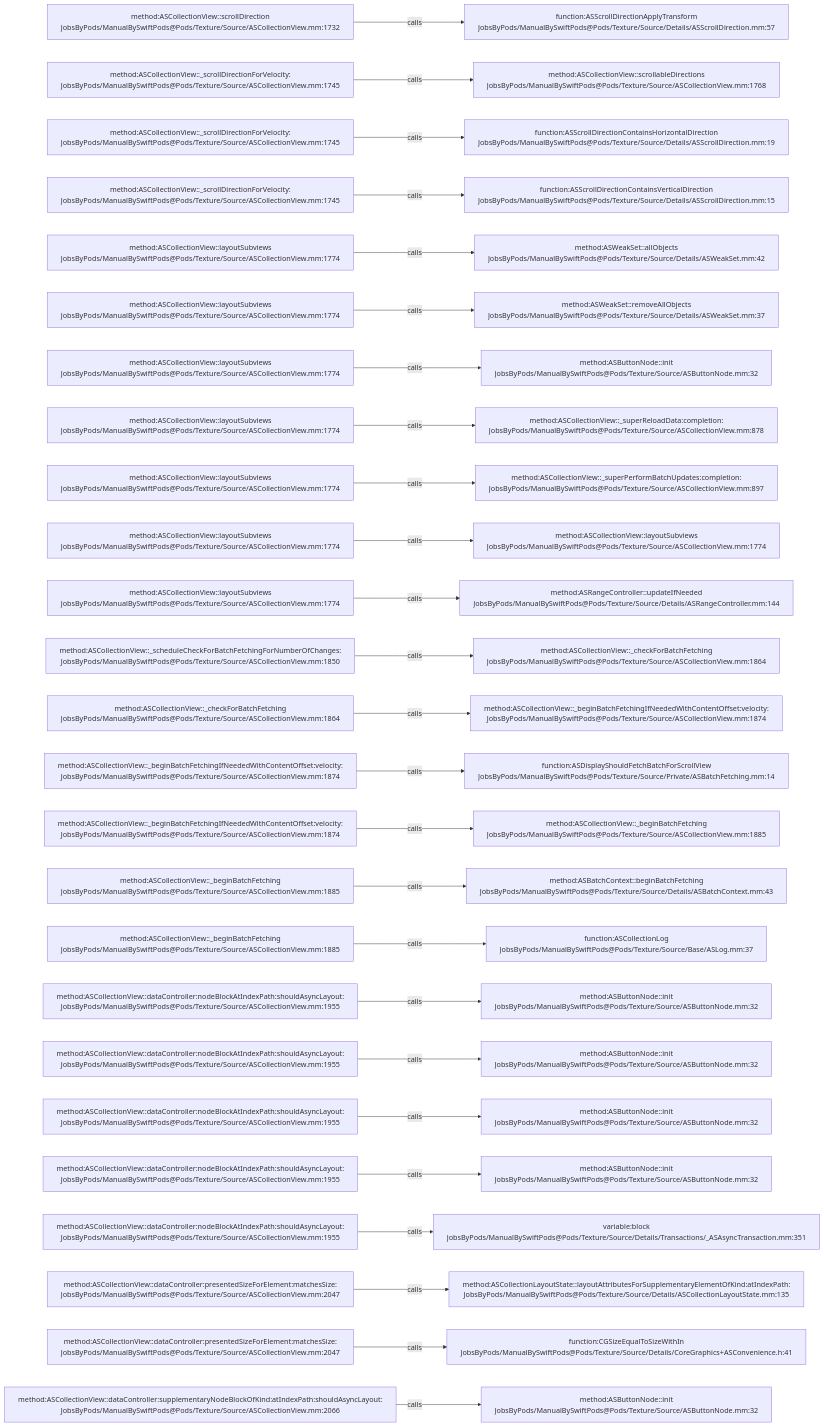
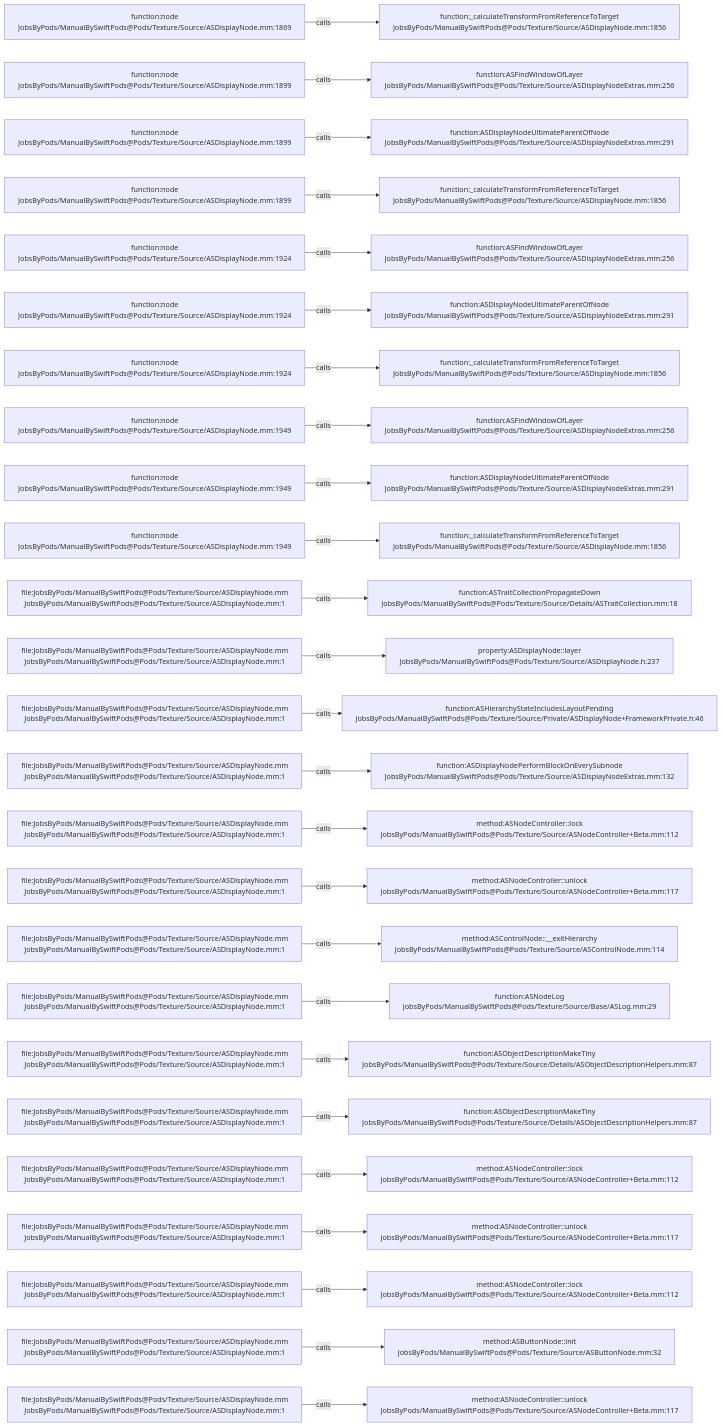
One commit to JobsKits/JobsSwiftBaseConfigDemo changed the diagram in .codegraph/codegraph.md/graphs/calls-032.md. Above: the diagram before and after it, drawn with Mermaid. The commit also changed 832 other files, not shown here.

````diff
--- a/.codegraph/codegraph.md/graphs/calls-032.md
+++ b/.codegraph/codegraph.md/graphs/calls-032.md
@@ -13,78 +13,78 @@
 ```mermaid
 flowchart LR
-  S1["method:ASCollectionView::scrollDirection<br/>JobsByPods/ManualBySwiftPods@Pods/Texture/Source/ASCollectionView.mm:1732"]
-  T1["function:ASScrollDirectionApplyTransform<br/>JobsByPods/ManualBySwiftPods@Pods/Texture/Source/Details/ASScrollDirection.mm:57"]
+  S1["function:node<br/>JobsByPods/ManualBySwiftPods@Pods/Texture/Source/ASDisplayNode.mm:1869"]
+  T1["function:_calculateTransformFromReferenceToTarget<br/>JobsByPods/ManualBySwiftPods@Pods/Texture/Source/ASDisplayNode.mm:1856"]
   S1 -->|calls| T1
-  S2["method:ASCollectionView::_scrollDirectionForVelocity:<br/>JobsByPods/ManualBySwiftPods@Pods/Texture/Source/ASCollectionView.mm:1745"]
-  T2["method:ASCollectionView::scrollableDirections<br/>JobsByPods/ManualBySwiftPods@Pods/Texture/Source/ASCollectionView.mm:1768"]
+  S2["function:node<br/>JobsByPods/ManualBySwiftPods@Pods/Texture/Source/ASDisplayNode.mm:1899"]
+  T2["function:ASFindWindowOfLayer<br/>JobsByPods/ManualBySwiftPods@Pods/Texture/Source/ASDisplayNodeExtras.mm:256"]
   S2 -->|calls| T2
-  S3["method:ASCollectionView::_scrollDirectionForVelocity:<br/>JobsByPods/ManualBySwiftPods@Pods/Texture/Source/ASCollectionView.mm:1745"]
-  T3["function:ASScrollDirectionContainsHorizontalDirection<br/>JobsByPods/ManualBySwiftPods@Pods/Texture/Source/Details/ASScrollDirection.mm:19"]
+  S3["function:node<br/>JobsByPods/ManualBySwiftPods@Pods/Texture/Source/ASDisplayNode.mm:1899"]
+  T3["function:ASDisplayNodeUltimateParentOfNode<br/>JobsByPods/ManualBySwiftPods@Pods/Texture/Source/ASDisplayNodeExtras.mm:291"]
   S3 -->|calls| T3
-  S4["method:ASCollectionView::_scrollDirectionForVelocity:<br/>JobsByPods/ManualBySwiftPods@Pods/Texture/Source/ASCollectionView.mm:1745"]
-  T4["function:ASScrollDirectionContainsVerticalDirection<br/>JobsByPods/ManualBySwiftPods@Pods/Texture/Source/Details/ASScrollDirection.mm:15"]
+  S4["function:node<br/>JobsByPods/ManualBySwiftPods@Pods/Texture/Source/ASDisplayNode.mm:1899"]
+  T4["function:_calculateTransformFromReferenceToTarget<br/>JobsByPods/ManualBySwiftPods@Pods/Texture/Source/ASDisplayNode.mm:1856"]
   S4 -->|calls| T4
-  S5["method:ASCollectionView::layoutSubviews<br/>JobsByPods/ManualBySwiftPods@Pods/Texture/Source/ASCollectionView.mm:1774"]
-  T5["method:ASWeakSet::allObjects<br/>JobsByPods/ManualBySwiftPods@Pods/Texture/Source/Details/ASWeakSet.mm:42"]
+  S5["function:node<br/>JobsByPods/ManualBySwiftPods@Pods/Texture/Source/ASDisplayNode.mm:1924"]
+  T5["function:ASFindWindowOfLayer<br/>JobsByPods/ManualBySwiftPods@Pods/Texture/Source/ASDisplayNodeExtras.mm:256"]
   S5 -->|calls| T5
-  S6["method:ASCollectionView::layoutSubviews<br/>JobsByPods/ManualBySwiftPods@Pods/Texture/Source/ASCollectionView.mm:1774"]
-  T6["method:ASWeakSet::removeAllObjects<br/>JobsByPods/ManualBySwiftPods@Pods/Texture/Source/Details/ASWeakSet.mm:37"]
+  S6["function:node<br/>JobsByPods/ManualBySwiftPods@Pods/Texture/Source/ASDisplayNode.mm:1924"]
+  T6["function:ASDisplayNodeUltimateParentOfNode<br/>JobsByPods/ManualBySwiftPods@Pods/Texture/Source/ASDisplayNodeExtras.mm:291"]
   S6 -->|calls| T6
-  S7["method:ASCollectionView::layoutSubviews<br/>JobsByPods/ManualBySwiftPods@Pods/Texture/Source/ASCollectionView.mm:1774"]
-  T7["method:ASButtonNode::init<br/>JobsByPods/ManualBySwiftPods@Pods/Texture/Source/ASButtonNode.mm:32"]
+  S7["function:node<br/>JobsByPods/ManualBySwiftPods@Pods/Texture/Source/ASDisplayNode.mm:1924"]
+  T7["function:_calculateTransformFromReferenceToTarget<br/>JobsByPods/ManualBySwiftPods@Pods/Texture/Source/ASDisplayNode.mm:1856"]
   S7 -->|calls| T7
-  S8["method:ASCollectionView::layoutSubviews<br/>JobsByPods/ManualBySwiftPods@Pods/Texture/Source/ASCollectionView.mm:1774"]
-  T8["method:ASCollectionView::_superReloadData:completion:<br/>JobsByPods/ManualBySwiftPods@Pods/Texture/Source/ASCollectionView.mm:878"]
+  S8["function:node<br/>JobsByPods/ManualBySwiftPods@Pods/Texture/Source/ASDisplayNode.mm:1949"]
+  T8["function:ASFindWindowOfLayer<br/>JobsByPods/ManualBySwiftPods@Pods/Texture/Source/ASDisplayNodeExtras.mm:256"]
   S8 -->|calls| T8
-  S9["method:ASCollectionView::layoutSubviews<br/>JobsByPods/ManualBySwiftPods@Pods/Texture/Source/ASCollectionView.mm:1774"]
-  T9["method:ASCollectionView::_superPerformBatchUpdates:completion:<br/>JobsByPods/ManualBySwiftPods@Pods/Texture/Source/ASCollectionView.mm:897"]
+  S9["function:node<br/>JobsByPods/ManualBySwiftPods@Pods/Texture/Source/ASDisplayNode.mm:1949"]
+  T9["function:ASDisplayNodeUltimateParentOfNode<br/>JobsByPods/ManualBySwiftPods@Pods/Texture/Source/ASDisplayNodeExtras.mm:291"]
   S9 -->|calls| T9
-  S10["method:ASCollectionView::layoutSubviews<br/>JobsByPods/ManualBySwiftPods@Pods/Texture/Source/ASCollectionView.mm:1774"]
-  T10["method:ASCollectionView::layoutSubviews<br/>JobsByPods/ManualBySwiftPods@Pods/Texture/Source/ASCollectionView.mm:1774"]
+  S10["function:node<br/>JobsByPods/ManualBySwiftPods@Pods/Texture/Source/ASDisplayNode.mm:1949"]
+  T10["function:_calculateTransformFromReferenceToTarget<br/>JobsByPods/ManualBySwiftPods@Pods/Texture/Source/ASDisplayNode.mm:1856"]
   S10 -->|calls| T10
-  S11["method:ASCollectionView::layoutSubviews<br/>JobsByPods/ManualBySwiftPods@Pods/Texture/Source/ASCollectionView.mm:1774"]
-  T11["method:ASRangeController::updateIfNeeded<br/>JobsByPods/ManualBySwiftPods@Pods/Texture/Source/Details/ASRangeController.mm:144"]
+  S11["file:JobsByPods/ManualBySwiftPods@Pods/Texture/Source/ASDisplayNode.mm<br/>JobsByPods/ManualBySwiftPods@Pods/Texture/Source/ASDisplayNode.mm:1"]
+  T11["function:ASTraitCollectionPropagateDown<br/>JobsByPods/ManualBySwiftPods@Pods/Texture/Source/Details/ASTraitCollection.mm:18"]
   S11 -->|calls| T11
-  S12["method:ASCollectionView::_scheduleCheckForBatchFetchingForNumberOfChanges:<br/>JobsByPods/ManualBySwiftPods@Pods/Texture/Source/ASCollectionView.mm:1850"]
-  T12["method:ASCollectionView::_checkForBatchFetching<br/>JobsByPods/ManualBySwiftPods@Pods/Texture/Source/ASCollectionView.mm:1864"]
+  S12["file:JobsByPods/ManualBySwiftPods@Pods/Texture/Source/ASDisplayNode.mm<br/>JobsByPods/ManualBySwiftPods@Pods/Texture/Source/ASDisplayNode.mm:1"]
+  T12["property:ASDisplayNode::layer<br/>JobsByPods/ManualBySwiftPods@Pods/Texture/Source/ASDisplayNode.h:237"]
   S12 -->|calls| T12
-  S13["method:ASCollectionView::_checkForBatchFetching<br/>JobsByPods/ManualBySwiftPods@Pods/Texture/Source/ASCollectionView.mm:1864"]
-  T13["method:ASCollectionView::_beginBatchFetchingIfNeededWithContentOffset:velocity:<br/>JobsByPods/ManualBySwiftPods@Pods/Texture/Source/ASCollectionView.mm:1874"]
+  S13["file:JobsByPods/ManualBySwiftPods@Pods/Texture/Source/ASDisplayNode.mm<br/>JobsByPods/ManualBySwiftPods@Pods/Texture/Source/ASDisplayNode.mm:1"]
+  T13["function:ASHierarchyStateIncludesLayoutPending<br/>JobsByPods/ManualBySwiftPods@Pods/Texture/Source/Private/ASDisplayNode+FrameworkPrivate.h:46"]
   S13 -->|calls| T13
-  S14["method:ASCollectionView::_beginBatchFetchingIfNeededWithContentOffset:velocity:<br/>JobsByPods/ManualBySwiftPods@Pods/Texture/Source/ASCollectionView.mm:1874"]
-  T14["function:ASDisplayShouldFetchBatchForScrollView<br/>JobsByPods/ManualBySwiftPods@Pods/Texture/Source/Private/ASBatchFetching.mm:14"]
+  S14["file:JobsByPods/ManualBySwiftPods@Pods/Texture/Source/ASDisplayNode.mm<br/>JobsByPods/ManualBySwiftPods@Pods/Texture/Source/ASDisplayNode.mm:1"]
+  T14["function:ASDisplayNodePerformBlockOnEverySubnode<br/>JobsByPods/ManualBySwiftPods@Pods/Texture/Source/ASDisplayNodeExtras.mm:132"]
   S14 -->|calls| T14
-  S15["method:ASCollectionView::_beginBatchFetchingIfNeededWithContentOffset:velocity:<br/>JobsByPods/ManualBySwiftPods@Pods/Texture/Source/ASCollectionView.mm:1874"]
-  T15["method:ASCollectionView::_beginBatchFetching<br/>JobsByPods/ManualBySwiftPods@Pods/Texture/Source/ASCollectionView.mm:1885"]
+  S15["file:JobsByPods/ManualBySwiftPods@Pods/Texture/Source/ASDisplayNode.mm<br/>JobsByPods/ManualBySwiftPods@Pods/Texture/Source/ASDisplayNode.mm:1"]
+  T15["method:ASNodeController::lock<br/>JobsByPods/ManualBySwiftPods@Pods/Texture/Source/ASNodeController+Beta.mm:112"]
   S15 -->|calls| T15
-  S16["method:ASCollectionView::_beginBatchFetching<br/>JobsByPods/ManualBySwiftPods@Pods/Texture/Source/ASCollectionView.mm:1885"]
-  T16["method:ASBatchContext::beginBatchFetching<br/>JobsByPods/ManualBySwiftPods@Pods/Texture/Source/Details/ASBatchContext.mm:43"]
+  S16["file:JobsByPods/ManualBySwiftPods@Pods/Texture/Source/ASDisplayNode.mm<br/>JobsByPods/ManualBySwiftPods@Pods/Texture/Source/ASDisplayNode.mm:1"]
+  T16["method:ASNodeController::unlock<br/>JobsByPods/ManualBySwiftPods@Pods/Texture/Source/ASNodeController+Beta.mm:117"]
   S16 -->|calls| T16
-  S17["method:ASCollectionView::_beginBatchFetching<br/>JobsByPods/ManualBySwiftPods@Pods/Texture/Source/ASCollectionView.mm:1885"]
-  T17["function:ASCollectionLog<br/>JobsByPods/ManualBySwiftPods@Pods/Texture/Source/Base/ASLog.mm:37"]
+  S17["file:JobsByPods/ManualBySwiftPods@Pods/Texture/Source/ASDisplayNode.mm<br/>JobsByPods/ManualBySwiftPods@Pods/Texture/Source/ASDisplayNode.mm:1"]
+  T17["method:ASControlNode::__exitHierarchy<br/>JobsByPods/ManualBySwiftPods@Pods/Texture/Source/ASControlNode.mm:114"]
   S17 -->|calls| T17
-  S18["method:ASCollectionView::dataController:nodeBlockAtIndexPath:shouldAsyncLayout:<br/>JobsByPods/ManualBySwiftPods@Pods/Texture/Source/ASCollectionView.mm:1955"]
-  T18["method:ASButtonNode::init<br/>JobsByPods/ManualBySwiftPods@Pods/Texture/Source/ASButtonNode.mm:32"]
+  S18["file:JobsByPods/ManualBySwiftPods@Pods/Texture/Source/ASDisplayNode.mm<br/>JobsByPods/ManualBySwiftPods@Pods/Texture/Source/ASDisplayNode.mm:1"]
+  T18["function:ASNodeLog<br/>JobsByPods/ManualBySwiftPods@Pods/Texture/Source/Base/ASLog.mm:29"]
   S18 -->|calls| T18
-  S19["method:ASCollectionView::dataController:nodeBlockAtIndexPath:shouldAsyncLayout:<br/>JobsByPods/ManualBySwiftPods@Pods/Texture/Source/ASCollectionView.mm:1955"]
-  T19["method:ASButtonNode::init<br/>JobsByPods/ManualBySwiftPods@Pods/Texture/Source/ASButtonNode.mm:32"]
+  S19["file:JobsByPods/ManualBySwiftPods@Pods/Texture/Source/ASDisplayNode.mm<br/>JobsByPods/ManualBySwiftPods@Pods/Texture/Source/ASDisplayNode.mm:1"]
+  T19["function:ASObjectDescriptionMakeTiny<br/>JobsByPods/ManualBySwiftPods@Pods/Texture/Source/Details/ASObjectDescriptionHelpers.mm:87"]
   S19 -->|calls| T19
-  S20["method:ASCollectionView::dataController:nodeBlockAtIndexPath:shouldAsyncLayout:<br/>JobsByPods/ManualBySwiftPods@Pods/Texture/Source/ASCollectionView.mm:1955"]
-  T20["method:ASButtonNode::init<br/>JobsByPods/ManualBySwiftPods@Pods/Texture/Source/ASButtonNode.mm:32"]
+  S20["file:JobsByPods/ManualBySwiftPods@Pods/Texture/Source/ASDisplayNode.mm<br/>JobsByPods/ManualBySwiftPods@Pods/Texture/Source/ASDisplayNode.mm:1"]
+  T20["function:ASObjectDescriptionMakeTiny<br/>JobsByPods/ManualBySwiftPods@Pods/Texture/Source/Details/ASObjectDescriptionHelpers.mm:87"]
   S20 -->|calls| T20
-  S21["method:ASCollectionView::dataController:nodeBlockAtIndexPath:shouldAsyncLayout:<br/>JobsByPods/ManualBySwiftPods@Pods/Texture/Source/ASCollectionView.mm:1955"]
-  T21["method:ASButtonNode::init<br/>JobsByPods/ManualBySwiftPods@Pods/Texture/Source/ASButtonNode.mm:32"]
+  S21["file:JobsByPods/ManualBySwiftPods@Pods/Texture/Source/ASDisplayNode.mm<br/>JobsByPods/ManualBySwiftPods@Pods/Texture/Source/ASDisplayNode.mm:1"]
+  T21["method:ASNodeController::lock<br/>JobsByPods/ManualBySwiftPods@Pods/Texture/Source/ASNodeController+Beta.mm:112"]
   S21 -->|calls| T21
-  S22["method:ASCollectionView::dataController:nodeBlockAtIndexPath:shouldAsyncLayout:<br/>JobsByPods/ManualBySwiftPods@Pods/Texture/Source/ASCollectionView.mm:1955"]
-  T22["variable:block<br/>JobsByPods/ManualBySwiftPods@Pods/Texture/Source/Details/Transactions/_ASAsyncTransaction.mm:351"]
+  S22["file:JobsByPods/ManualBySwiftPods@Pods/Texture/Source/ASDisplayNode.mm<br/>JobsByPods/ManualBySwiftPods@Pods/Texture/Source/ASDisplayNode.mm:1"]
+  T22["method:ASNodeController::unlock<br/>JobsByPods/ManualBySwiftPods@Pods/Texture/Source/ASNodeController+Beta.mm:117"]
   S22 -->|calls| T22
-  S23["method:ASCollectionView::dataController:presentedSizeForElement:matchesSize:<br/>JobsByPods/ManualBySwiftPods@Pods/Texture/Source/ASCollectionView.mm:2047"]
-  T23["method:ASCollectionLayoutState::layoutAttributesForSupplementaryElementOfKind:atIndexPath:<br/>JobsByPods/ManualBySwiftPods@Pods/Texture/Source/Details/ASCollectionLayoutState.mm:135"]
+  S23["file:JobsByPods/ManualBySwiftPods@Pods/Texture/Source/ASDisplayNode.mm<br/>JobsByPods/ManualBySwiftPods@Pods/Texture/Source/ASDisplayNode.mm:1"]
+  T23["method:ASNodeController::lock<br/>JobsByPods/ManualBySwiftPods@Pods/Texture/Source/ASNodeController+Beta.mm:112"]
   S23 -->|calls| T23
-  S24["method:ASCollectionView::dataController:presentedSizeForElement:matchesSize:<br/>JobsByPods/ManualBySwiftPods@Pods/Texture/Source/ASCollectionView.mm:2047"]
-  T24["function:CGSizeEqualToSizeWithIn<br/>JobsByPods/ManualBySwiftPods@Pods/Texture/Source/Details/CoreGraphics+ASConvenience.h:41"]
+  S24["file:JobsByPods/ManualBySwiftPods@Pods/Texture/Source/ASDisplayNode.mm<br/>JobsByPods/ManualBySwiftPods@Pods/Texture/Source/ASDisplayNode.mm:1"]
+  T24["method:ASButtonNode::init<br/>JobsByPods/ManualBySwiftPods@Pods/Texture/Source/ASButtonNode.mm:32"]
   S24 -->|calls| T24
-  S25["method:ASCollectionView::dataController:supplementaryNodeBlockOfKind:atIndexPath:shouldAsyncLayout:<br/>JobsByPods/ManualBySwiftPods@Pods/Texture/Source/ASCollectionView.mm:2066"]
-  T25["method:ASButtonNode::init<br/>JobsByPods/ManualBySwiftPods@Pods/Texture/Source/ASButtonNode.mm:32"]
+  S25["file:JobsByPods/ManualBySwiftPods@Pods/Texture/Source/ASDisplayNode.mm<br/>JobsByPods/ManualBySwiftPods@Pods/Texture/Source/ASDisplayNode.mm:1"]
+  T25["method:ASNodeController::unlock<br/>JobsByPods/ManualBySwiftPods@Pods/Texture/Source/ASNodeController+Beta.mm:117"]
   S25 -->|calls| T25
 ```
````
